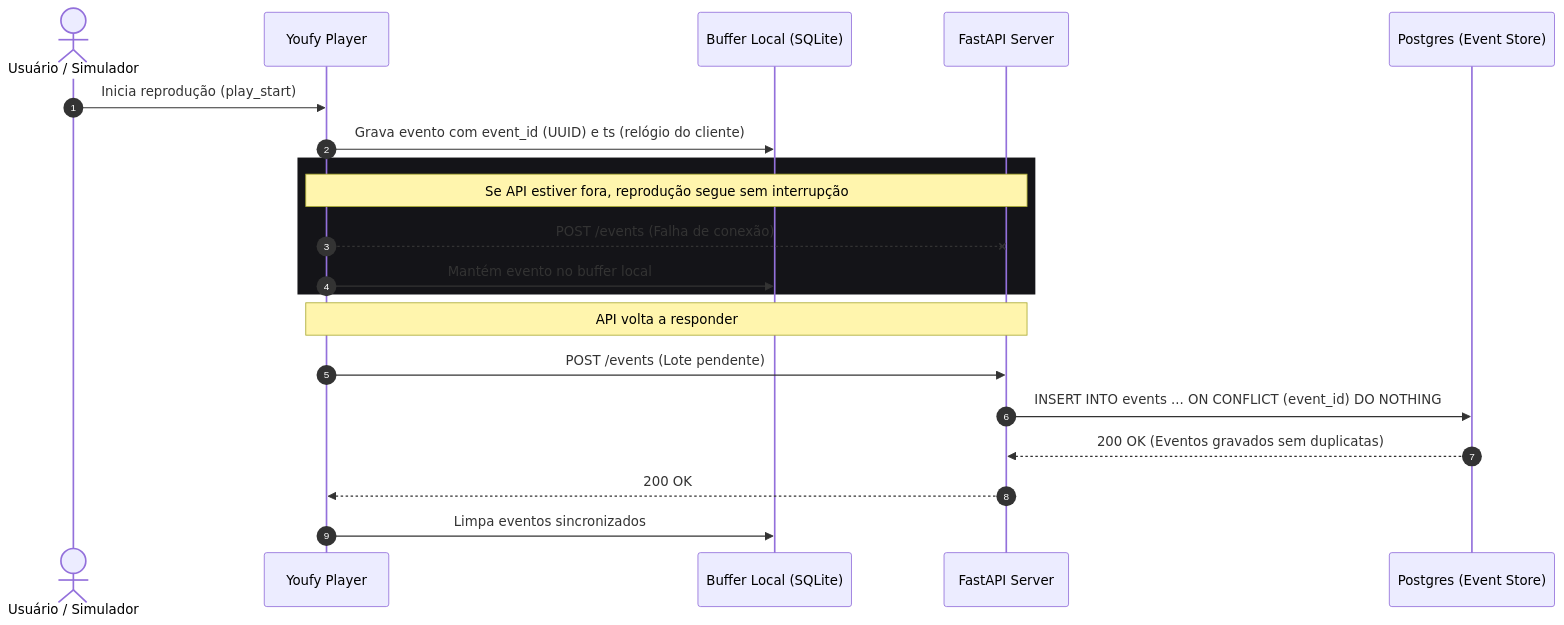
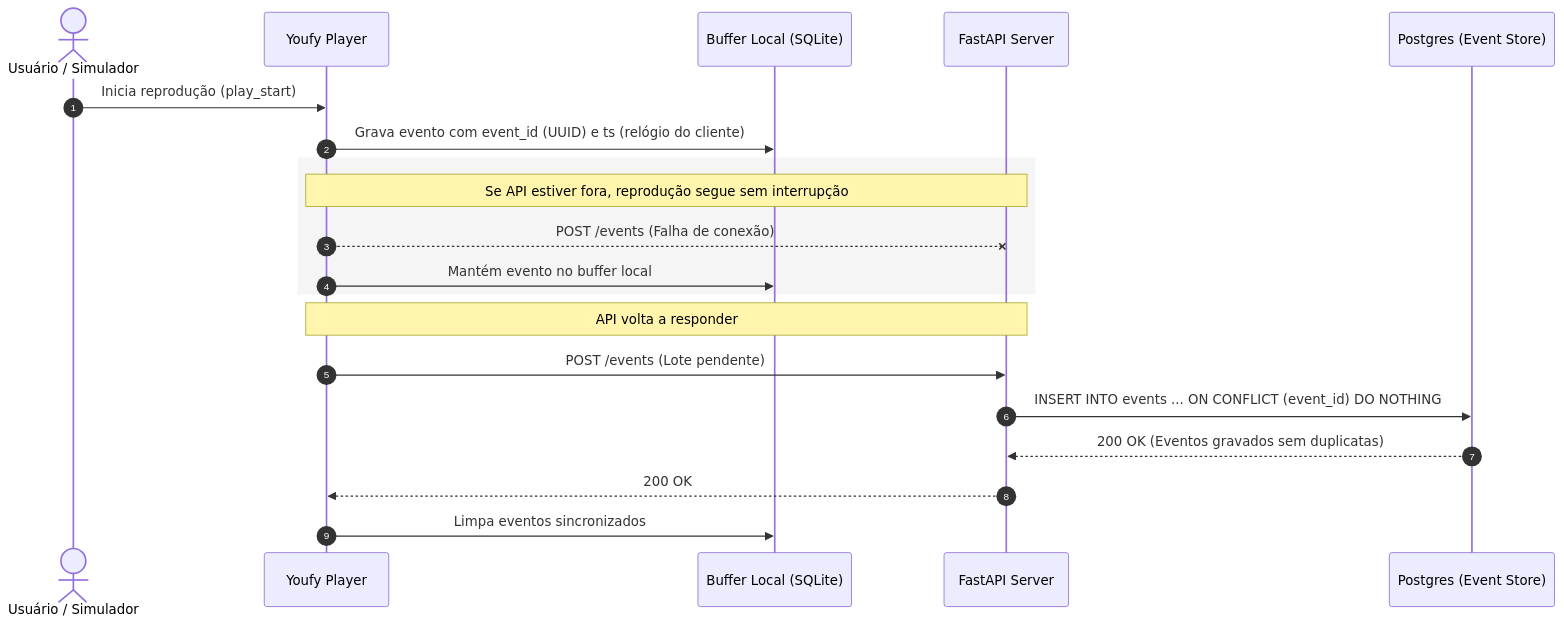
Before and after one commit to Oseiasdfarias/youfy: the second of 2 diagrams in docs/arquitetura/contratos.md, drawn with Mermaid. The commit also changed other lines of this file and 7 other files, not shown here.

Commit message:
style(docs): compatibilidade completa dos diagramas mermaid com tema claro e escuro

````diff
--- a/docs/arquitetura/contratos.md
+++ b/docs/arquitetura/contratos.md
@@ -56,25 +56,25 @@
 ```mermaid
 sequenceDiagram
     autonumber
     actor User as Usuário / Simulador
     participant Player as Youfy Player
     participant Buffer as Buffer Local (SQLite)
     participant API as FastAPI Server
     participant DB as Postgres (Event Store)
 
     User->>Player: Inicia reprodução (play_start)
     Player->>Buffer: Grava evento com event_id (UUID) e ts (relógio do cliente)
     
-    rect rgb(20, 20, 24)
+    rect rgba(128, 128, 128, 0.08)
         Note over Player,API: Se API estiver fora, reprodução segue sem interrupção
         Player--xAPI: POST /events (Falha de conexão)
         Player->>Buffer: Mantém evento no buffer local
     end
 
     Note over Player,API: API volta a responder
     Player->>API: POST /events (Lote pendente)
     API->>DB: INSERT INTO events ... ON CONFLICT (event_id) DO NOTHING
     DB-->>API: 200 OK (Eventos gravados sem duplicatas)
     API-->>Player: 200 OK
     Player->>Buffer: Limpa eventos sincronizados
 ```
````
